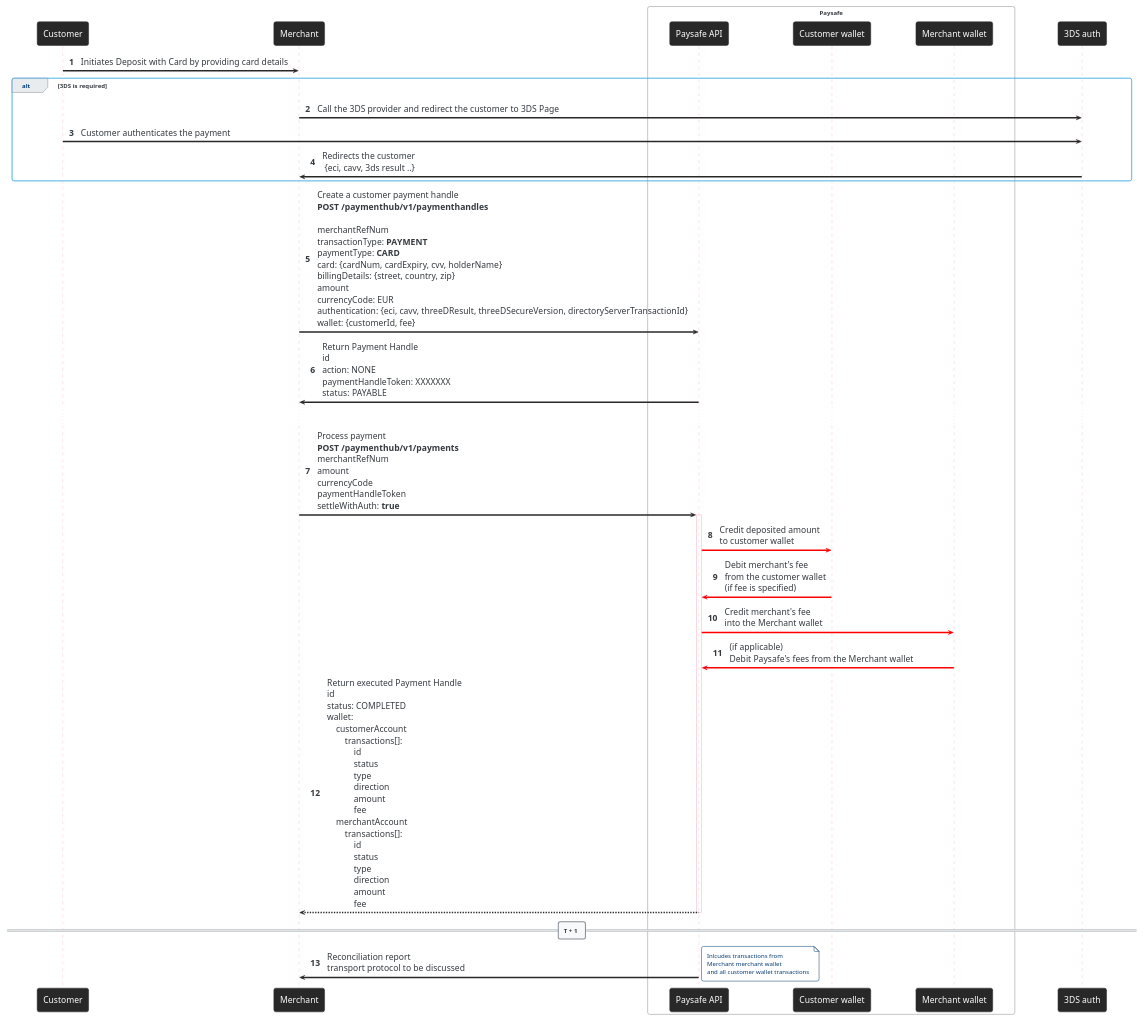
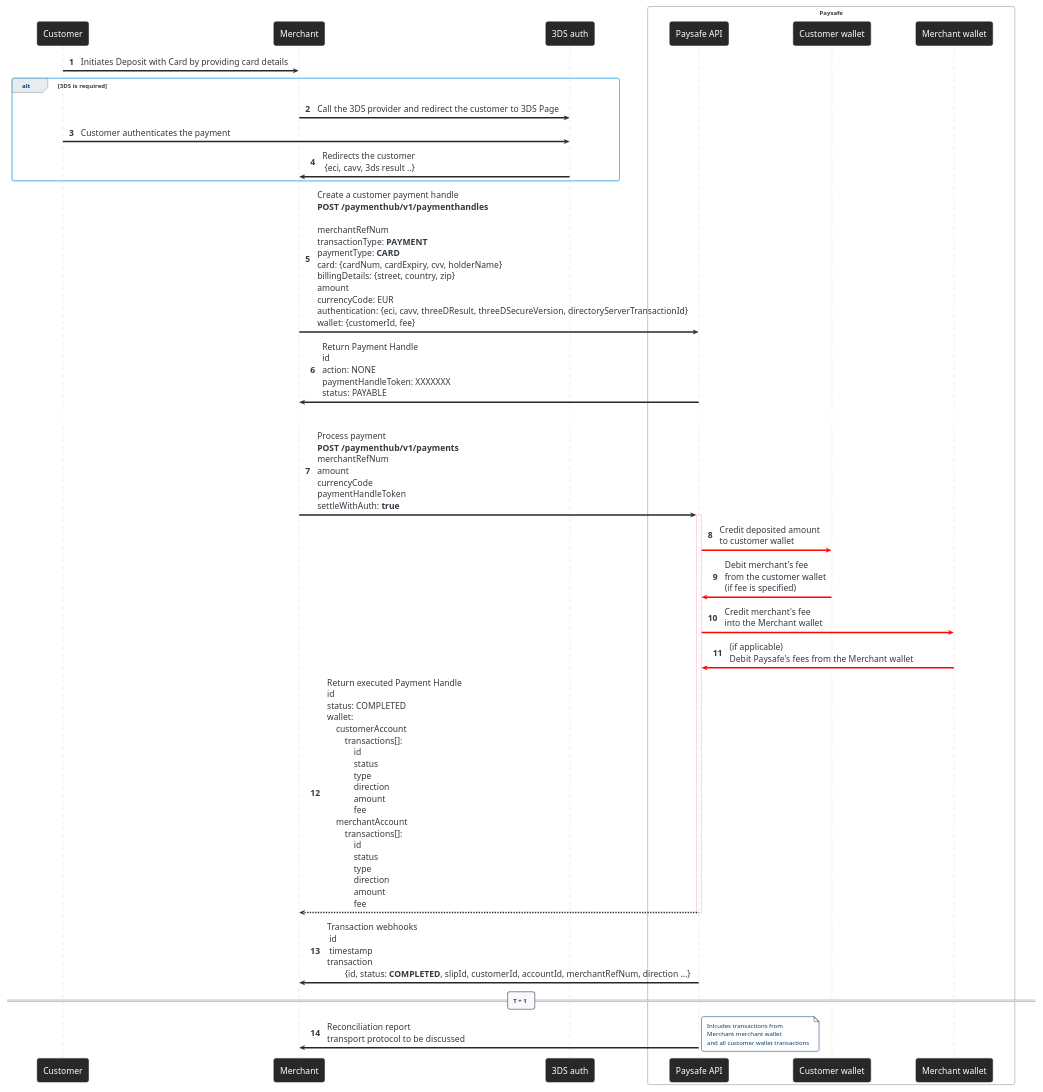
The second of 11 diagrams in diagrams/diagrams.plantuml (paysafegroup/WalletAPI), drawn with PlantUML before and after one commit. The commit also changed other lines of this file, not shown here.

```diff
--- a/diagrams/diagrams.plantuml
+++ b/diagrams/diagrams.plantuml
@@ -38,58 +38,59 @@
 @startuml "2-Deposit-card-merchant-3ds"
     !theme cerulean-outline
 
     skinparam dpi 72
     skinparam shadowing false
     skinparam backgroundColor #FFFFFF
     skinparam Sequence {
         ParticipantBorderColor #282828
         ParticipantBackgroundColor #282828
         ParticipantFontSize 17
         ParticipantFontColor #FFFFFF
         ArrowColor #282828
         ArrowFontSize 17
         LifeLineBorderColor #FBC9D6
     }
 
-	participant Customer
+    participant Customer
     participant Merchant
+    participant "3DS auth" as PSP
     box "Paysafe"
         participant "Paysafe API" as PaysafeAPI
         participant "Customer wallet" as CW
         participant "Merchant wallet" as MW
     end box
-    participant "3DS auth" as PSP
 
     autonumber
 
 	Customer -> Merchant : Initiates Deposit with Card by providing card details
    
 	alt 3DS is required
         Merchant -> PSP: Call the 3DS provider and redirect the customer to 3DS Page
         Customer -> PSP: Customer authenticates the payment
         PSP -> Merchant : Redirects the customer \n {eci, cavv, 3ds result ..}
     end alt
 
     Merchant -> PaysafeAPI: Create a customer payment handle\n**POST /paymenthub/v1/paymenthandles**\n\nmerchantRefNum\ntransactionType: **PAYMENT**\npaymentType: **CARD**\ncard: {cardNum, cardExpiry, cvv, holderName}\nbillingDetails: {street, country, zip}\namount\ncurrencyCode: EUR\nauthentication: {eci, cavv, threeDResult, threeDSecureVersion, directoryServerTransactionId}\nwallet: {customerId, fee}
 	
 	Merchant <- PaysafeAPI: Return Payment Handle\nid\naction: NONE\npaymentHandleToken: XXXXXXX\nstatus: PAYABLE\
 
     ...
 
 
     Merchant -> PaysafeAPI: Process payment\n**POST /paymenthub/v1/payments**\nmerchantRefNum\namount\ncurrencyCode\npaymentHandleToken\nsettleWithAuth: **true**
     activate PaysafeAPI
 
         PaysafeAPI [#FF0000]-> CW: Credit deposited amount\nto customer wallet
         PaysafeAPI <-[#FF0000] CW: Debit merchant's fee\nfrom the customer wallet\n(if fee is specified)
         PaysafeAPI [#FF0000]-> MW: Credit merchant's fee\ninto the Merchant wallet
         PaysafeAPI <-[#FF0000] MW: (if applicable)\nDebit Paysafe's fees from the Merchant wallet
 
         Merchant <-- PaysafeAPI: Return executed Payment Handle\nid\nstatus: COMPLETED\nwallet:\n    customerAccount\n        transactions[]:\n            id\n            status\n            type\n            direction\n            amount\n            fee            \n    merchantAccount\n        transactions[]:\n            id\n            status\n            type\n            direction\n            amount\n            fee
     deactivate PaysafeAPI
+    PaysafeAPI -> Merchant : Transaction webhooks\n id\n timestamp\ntransaction\n	{id, status: **COMPLETED**, slipId, customerId, accountId, merchantRefNum, direction ...}
 
 	== T + 1 ==
 
  	PaysafeAPI -> Merchant: Reconciliation report\ntransport protocol to be discussed
     note right: Inlcudes transactions from\nMerchant merchant wallet \nand all customer wallet transactions
 @enduml
```
